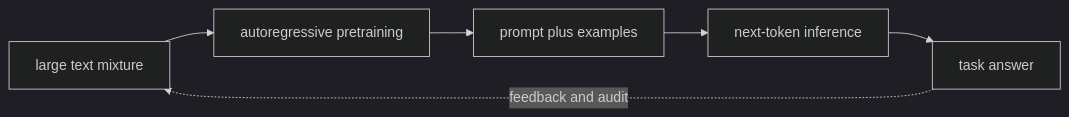
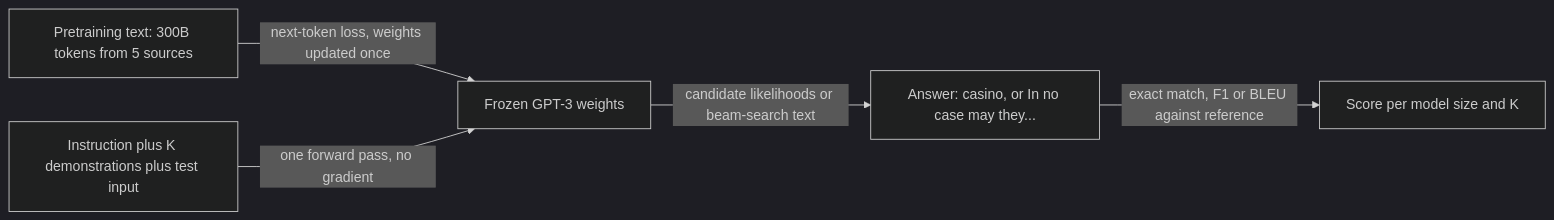
One commit to niyama-admin/learning-lab changed the first of 2 diagrams in llm-learning-repository/tutorials/01-foundations/03-gpt3.md. Above: the diagram before and after it, drawn with Mermaid (dark theme). The commit also changed other lines of this file and 14 other files, not shown here.

````diff
--- a/llm-learning-repository/tutorials/01-foundations/03-gpt3.md
+++ b/llm-learning-repository/tutorials/01-foundations/03-gpt3.md
@@ -22,8 +94,7 @@
 ```mermaid
 flowchart LR
-  A["large text mixture"] --> B["autoregressive pretraining"]
-  B --> C["prompt plus examples"]
-  C --> D["next-token inference"]
-  D --> E["task answer"]
-  E -. feedback and audit .-> A
+    A["Pretraining text: 300B tokens from 5 sources"] -->|"next-token loss, weights updated once"| B["Frozen GPT-3 weights"]
+    C["Instruction plus K demonstrations plus test input"] -->|"one forward pass, no gradient"| B
+    B -->|"candidate likelihoods or beam-search text"| D["Answer: casino, or In no case may they..."]
+    D -->|"exact match, F1 or BLEU against reference"| E["Score per model size and K"]
 ```
````
